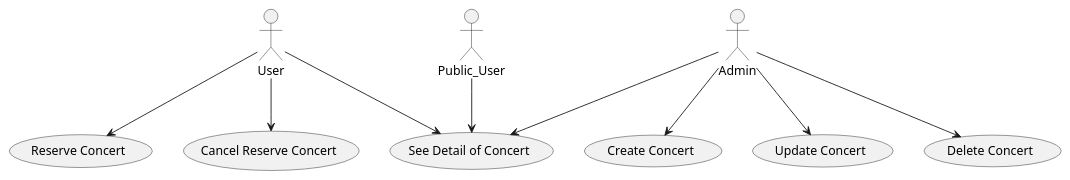
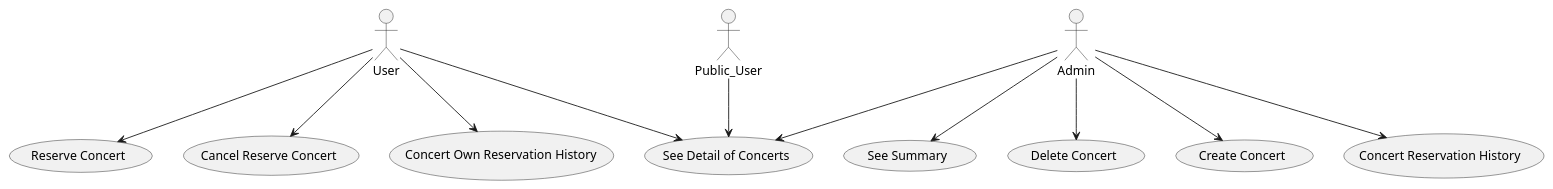
The diagram in app.puml (aphisit-ths/concert-reservations), drawn with PlantUML before and after one commit. The commit also changed 22 other files, not shown here.

```diff
--- a/app.puml
+++ b/app.puml
@@ -1,15 +1,21 @@
 @startuml
 actor Public_User as PU
 actor User as U
 actor Admin as A
 
-PU --> (See Detail of Concert)
-U --> (See Detail of Concert)
+A --> (See Summary)
+A --> (See Detail of Concerts)
+A --> (Delete Concert)
+A --> (Create Concert)
+A --> (Concert Reservation History )
+
+
+PU --> (See Detail of Concerts)
+
+U --> (See Detail of Concerts)
 U --> (Reserve Concert)
 U --> (Cancel Reserve Concert)
-A --> (Create Concert)
-A --> (Update Concert)
-A --> (Delete Concert)
-A --> (See Detail of Concert)
+U --> (Concert Own Reservation History)
+
 
 @enduml
```
